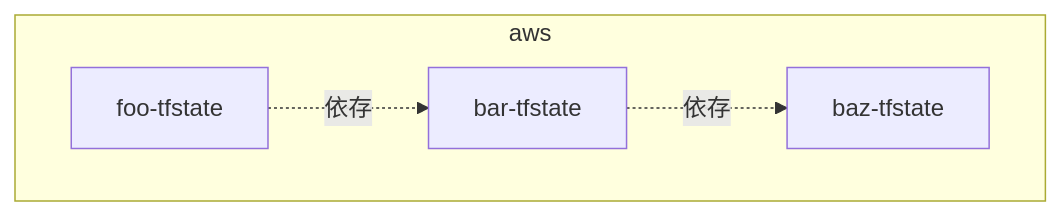
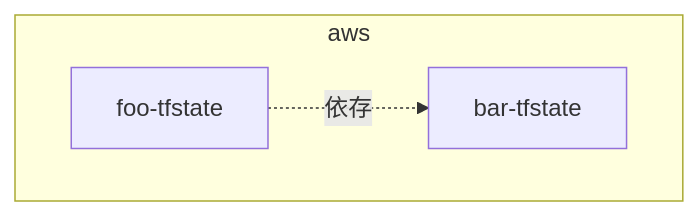
One commit to hiroki-it/hatenablog changed the second of 4 diagrams in dist/draft/Terraformのディレクトリ設計とtfstateファイルの分割戦略.md. Above: the diagram before and after it, drawn with Mermaid. The commit also changed other lines of this file, not shown here.

````diff
--- a/dist/draft/Terraformのディレクトリ設計とtfstateファイルの分割戦略.md
+++ b/dist/draft/Terraformのディレクトリ設計とtfstateファイルの分割戦略.md
@@ -121,10 +118,9 @@
 ```mermaid
 %%{init:{'theme':'natural'}}%%
 flowchart TD
     subgraph aws
         Foo[foo-tfstate]
         Bar[bar-tfstate]
-        Baz[baz-tfstate]
     end
-    Foo -. 依存 .-> Bar -. 依存 .-> Baz
+    Foo -. 依存 .-> Bar
 ```
````
